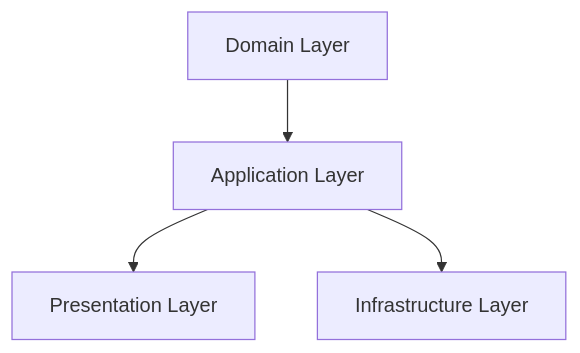
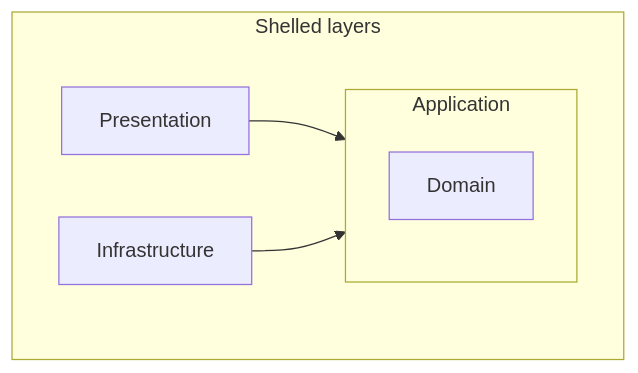
Before and after one commit to onetdev/themostannoyingwebsite.com: the diagram in apps/web/modules/README.md, drawn with Mermaid.

Commit message:
feat: slightly tweaked CA diagram

````diff
--- a/apps/web/modules/README.md
+++ b/apps/web/modules/README.md
@@ -8,11 +8,13 @@
 ```mermaid
 flowchart TD
-    Domain["Domain Layer"]
-    Application["Application Layer"]
-    Presentation["Presentation Layer"]
-    Infrastructure["Infrastructure Layer"]
+subgraph s1["Shelled layers"]
+  Presentation
+  Infrastructure
+  subgraph s2["Application"]
+    Domain
+  end
+end
 
-    Domain --> Application
-    Application --> Presentation
-    Application --> Infrastructure
+Presentation --> s2
+Infrastructure --> s2
 ```
````
